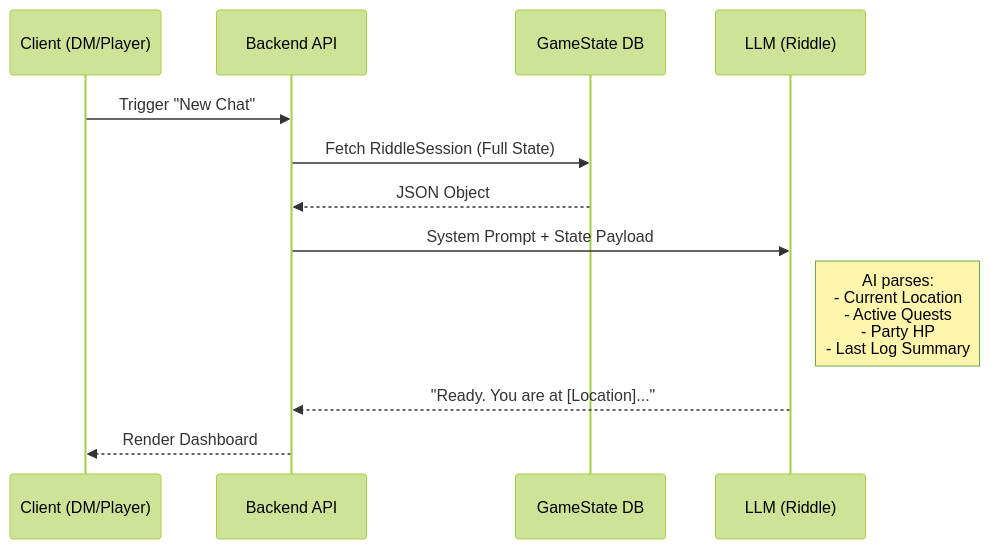
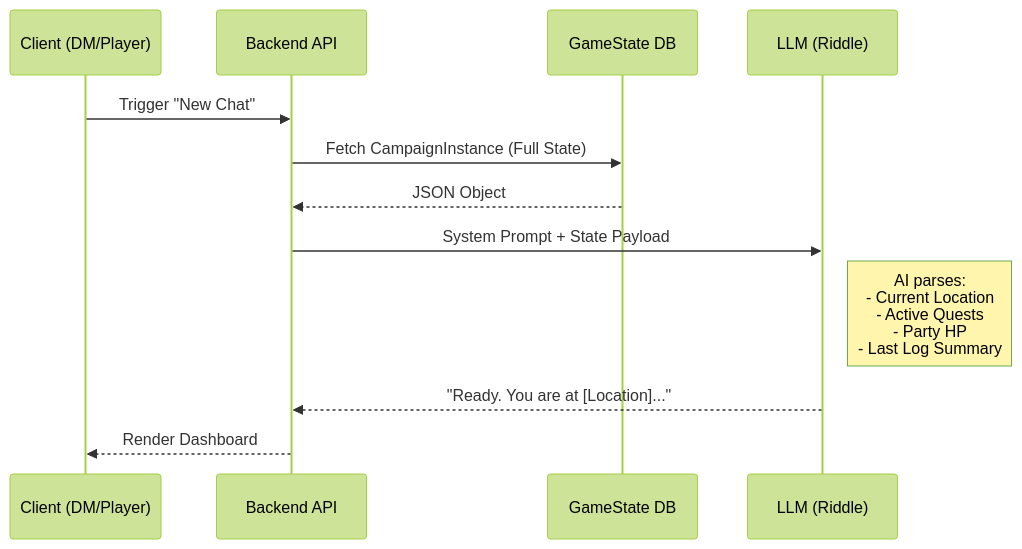
The second of 2 diagrams in docs/software_design.md (peakflames/riddle), drawn with Mermaid (forest theme) before and after one commit. The commit also changed other lines of this file and 9 other files, not shown here.

First line of the commit message:
docs: refactor session model into CampaignInstance and PlaySession

````diff
--- a/docs/software_design.md
+++ b/docs/software_design.md
@@ -71,18 +71,18 @@
 ```mermaid
 sequenceDiagram
     participant UI as Client (DM/Player)
     participant API as Backend API
     participant DB as GameState DB
     participant AI as LLM (Riddle)
 
     UI->>API: Trigger "New Chat"
-    API->>DB: Fetch RiddleSession (Full State)
+    API->>DB: Fetch CampaignInstance (Full State)
     DB-->>API: JSON Object
     
     API->>AI: System Prompt + State Payload
     
     Note right of AI: AI parses:<br/>- Current Location<br/>- Active Quests<br/>- Party HP<br/>- Last Log Summary
     
     AI-->>API: "Ready. You are at [Location]..."
     API-->>UI: Render Dashboard
 ```
````
